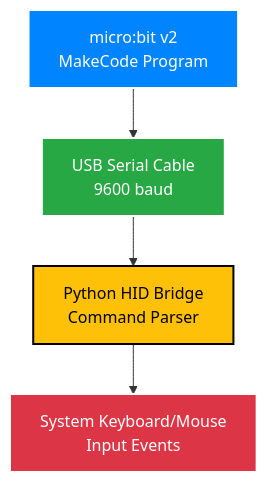
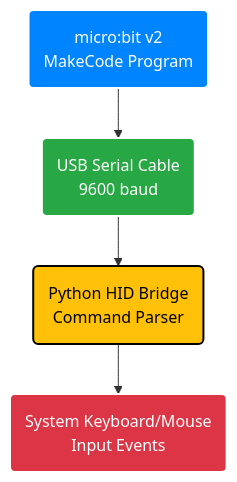
The diagram in README.md (evotions/KeyboardEmu-for-BBC-Microbit), drawn with Mermaid before and after one commit.

Commit message:
readme changes

````diff
--- a/README.md
+++ b/README.md
@@ -52,11 +52,11 @@
 ```mermaid
 graph TD
-    A["micro:bit v2<br/>MakeCode Program"] --> B["USB Serial Cable<br/>9600 baud"]
-    B --> C["Python HID Bridge<br/>Command Parser"]
-    C --> D["System Keyboard/Mouse<br/>Input Events"]
+    A("micro:bit v2<br/>MakeCode Program") --> B("USB Serial Cable<br/>9600 baud")
+    B --> C("Python HID Bridge<br/>Command Parser")
+    C --> D("System Keyboard/Mouse<br/>Input Events")
     
     style A fill:#0084ff,stroke:#fff,stroke-width:2px,color:#fff
     style B fill:#28a745,stroke:#fff,stroke-width:2px,color:#fff
     style C fill:#ffc107,stroke:#000,stroke-width:2px,color:#000
     style D fill:#dc3545,stroke:#fff,stroke-width:2px,color:#fff
 ```
````
